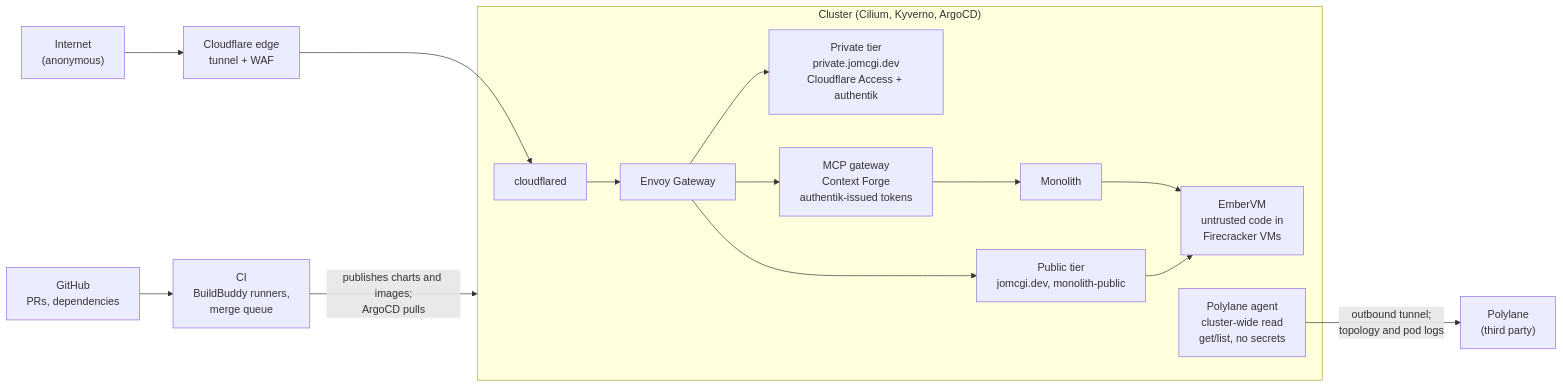
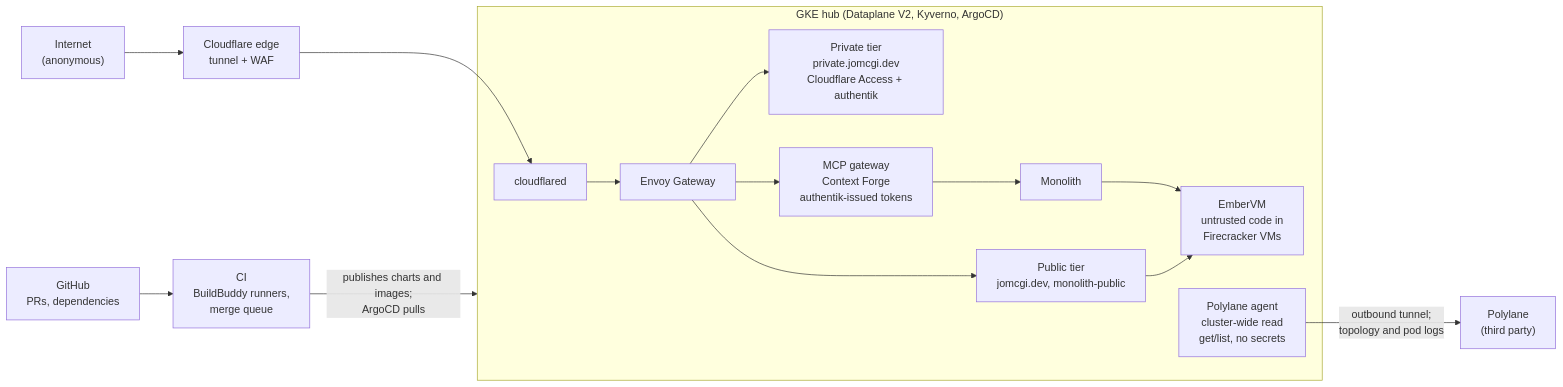
Before and after one commit to jomcgi-org/homelab: the diagram in docs/THREAT-MODEL.md, drawn with Mermaid. The commit also changed other lines of this file and 5 other files, not shown here.

````diff
--- a/docs/THREAT-MODEL.md
+++ b/docs/THREAT-MODEL.md
@@ -26,18 +26,18 @@
 ```mermaid
 graph LR
     I["Internet<br/>(anonymous)"] --> CFE["Cloudflare edge<br/>tunnel + WAF"]
     GH["GitHub<br/>PRs, dependencies"] --> CI["CI<br/>BuildBuddy runners,<br/>merge queue"]
     CFE --> CFD
     CI -- "publishes charts and images;<br/>ArgoCD pulls" --> K8S
-    subgraph K8S ["Cluster (Cilium, Kyverno, ArgoCD)"]
+    subgraph K8S ["GKE hub (Dataplane V2, Kyverno, ArgoCD)"]
         CFD["cloudflared"] --> GW["Envoy Gateway"]
         GW --> PUB["Public tier<br/>jomcgi.dev, monolith-public"]
         GW --> PRIV["Private tier<br/>private.jomcgi.dev<br/>Cloudflare Access + authentik"]
         GW --> MCP["MCP gateway<br/>Context Forge<br/>authentik-issued tokens"]
         MCP --> MONO["Monolith"]
         MONO --> EVM["EmberVM<br/>untrusted code in<br/>Firecracker VMs"]
         PUB --> EVM
         POLY["Polylane agent<br/>cluster-wide read<br/>get/list, no secrets"]
     end
     POLY -- "outbound tunnel;<br/>topology and pod logs" --> PL["Polylane<br/>(third party)"]
 ```
````
